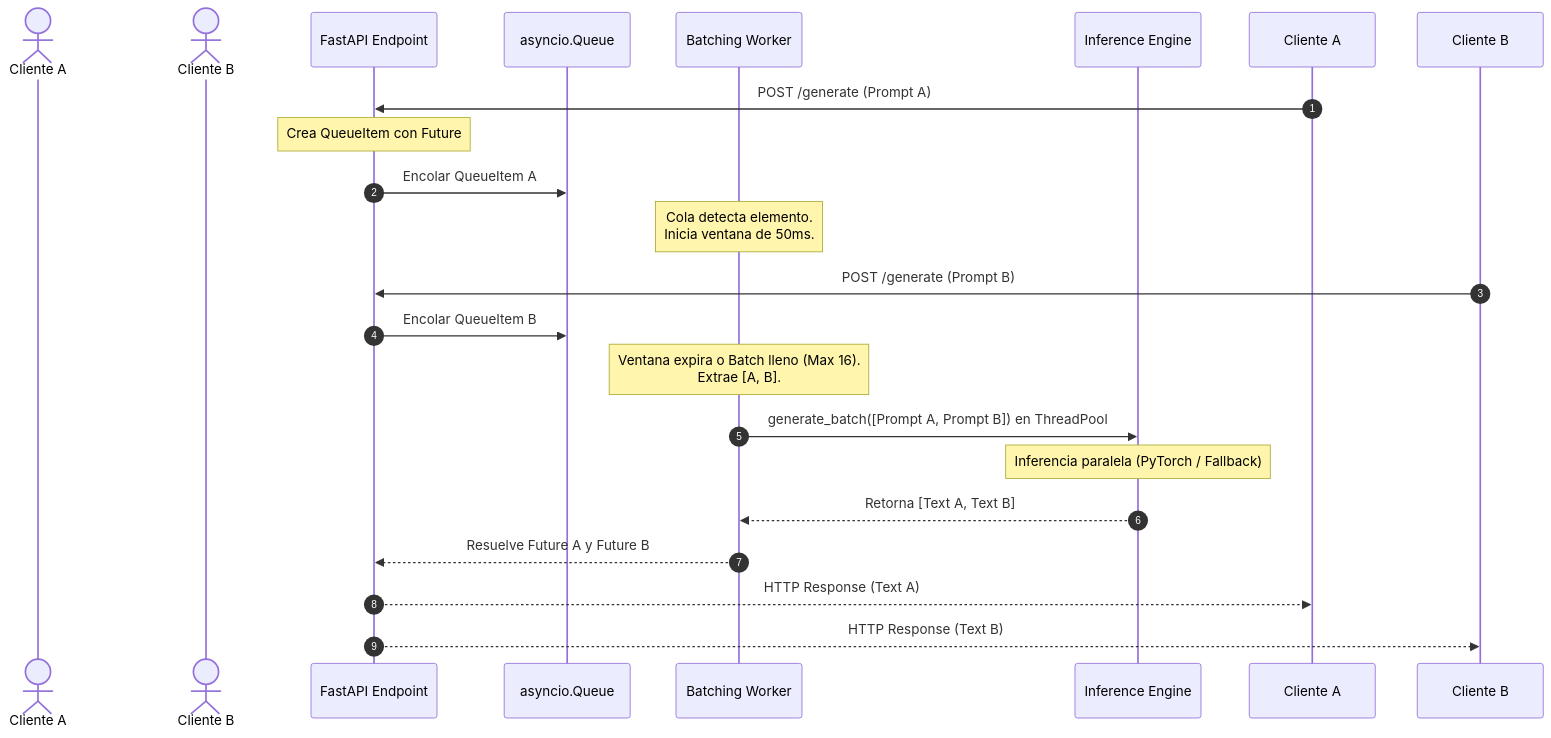
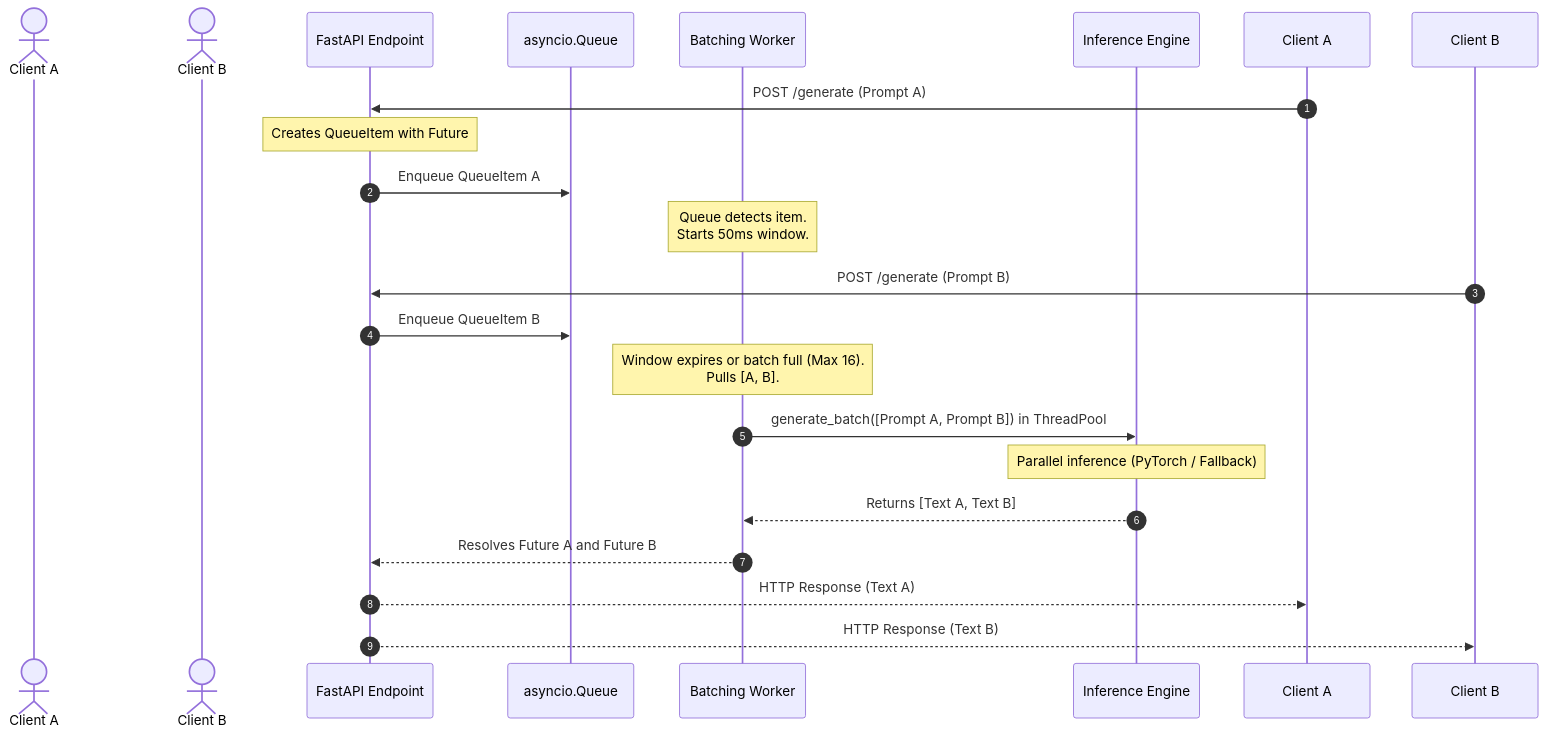
Before and after one commit to juanmmm21/llm-inference-server: the diagram in README.md, drawn with Mermaid. The commit also changed other lines of this file, not shown here.

````diff
--- a/README.md
+++ b/README.md
@@ -11,26 +11,26 @@
 ```mermaid
 sequenceDiagram
     autonumber
-    actor Cliente1 as Cliente A
-    actor Cliente2 as Cliente B
+    actor Cliente1 as Client A
+    actor Cliente2 as Client B
     participant API as FastAPI Endpoint
     participant Queue as asyncio.Queue
     participant Worker as Batching Worker
     participant Engine as Inference Engine
 
-    Cliente A->>API: POST /generate (Prompt A)
-    Note over API: Crea QueueItem con Future
-    API->>Queue: Encolar QueueItem A
-    Note over Worker: Cola detecta elemento.<br/>Inicia ventana de 50ms.
+    Client A->>API: POST /generate (Prompt A)
+    Note over API: Creates QueueItem with Future
+    API->>Queue: Enqueue QueueItem A
+    Note over Worker: Queue detects item.<br/>Starts 50ms window.
     
-    Cliente B->>API: POST /generate (Prompt B)
-    API->>Queue: Encolar QueueItem B
+    Client B->>API: POST /generate (Prompt B)
+    API->>Queue: Enqueue QueueItem B
     
-    Note over Worker: Ventana expira o Batch lleno (Max 16).<br/>Extrae [A, B].
-    Worker->>Engine: generate_batch([Prompt A, Prompt B]) en ThreadPool
-    Note over Engine: Inferencia paralela (PyTorch / Fallback)
-    Engine-->>Worker: Retorna [Text A, Text B]
-    Worker-->>API: Resuelve Future A y Future B
-    API-->>Cliente A: HTTP Response (Text A)
-    API-->>Cliente B: HTTP Response (Text B)
+    Note over Worker: Window expires or batch full (Max 16).<br/>Pulls [A, B].
+    Worker->>Engine: generate_batch([Prompt A, Prompt B]) in ThreadPool
+    Note over Engine: Parallel inference (PyTorch / Fallback)
+    Engine-->>Worker: Returns [Text A, Text B]
+    Worker-->>API: Resolves Future A and Future B
+    API-->>Client A: HTTP Response (Text A)
+    API-->>Client B: HTTP Response (Text B)
 ```
````
